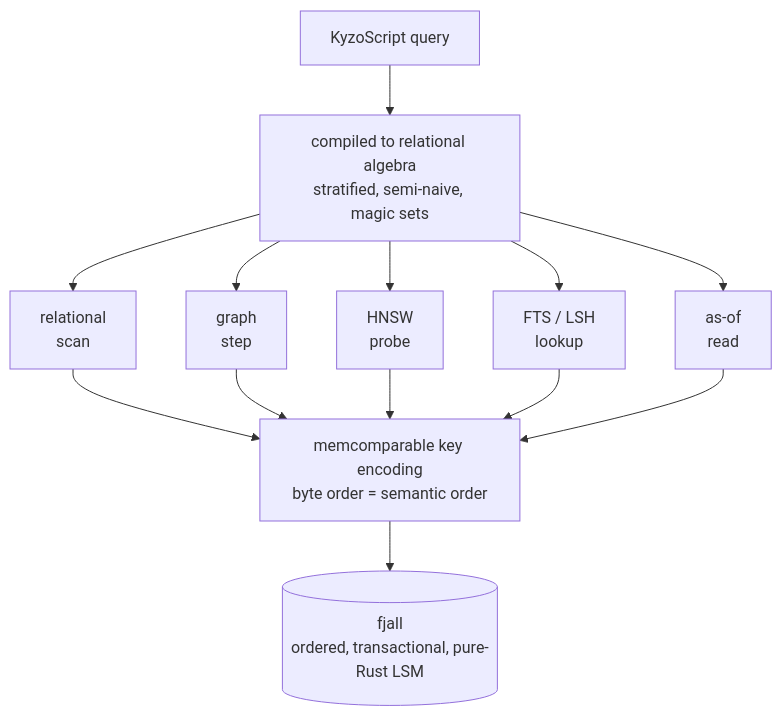
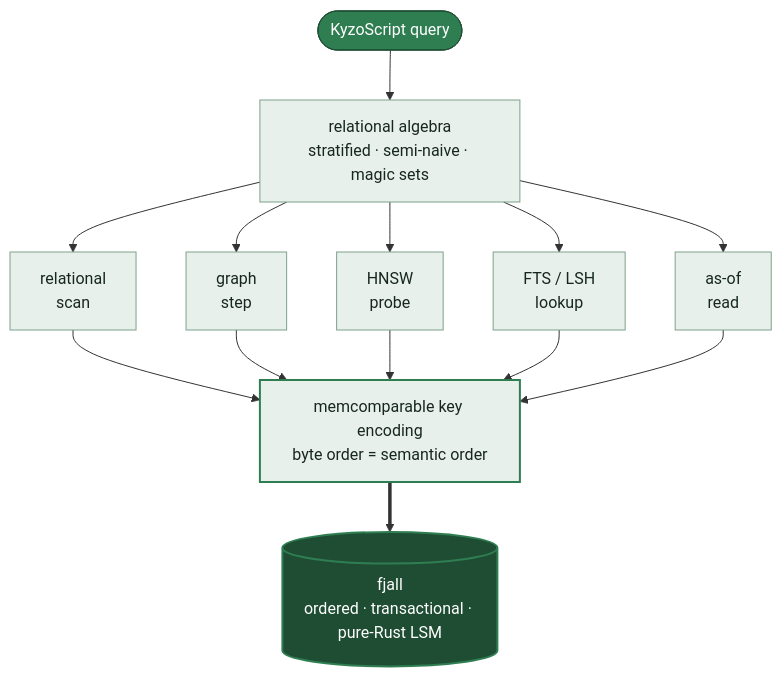
Before and after one commit to kyzodb/kyzo: the second of 3 diagrams in README.md, drawn with Mermaid. The commit also changed other lines of this file, not shown here.

Commit message:
README design pass: syntax highlighting, branded diagrams, native warning callout

````diff
--- a/README.md
+++ b/README.md
@@ -201,15 +217,23 @@
 ```mermaid
+%%{init: {'flowchart': {'curve': 'basis'}}}%%
 flowchart TD
-    Q["KyzoScript query"] --> C["compiled to relational algebra<br/>stratified, semi-naive, magic sets"]
-    C --> P1["relational<br/>scan"]
-    C --> P2["graph<br/>step"]
-    C --> P3["HNSW<br/>probe"]
-    C --> P4["FTS / LSH<br/>lookup"]
-    C --> P5["as-of<br/>read"]
+    Q(["KyzoScript query"]):::actor
+    C["relational algebra<br/>stratified · semi-naive · magic sets"]:::proc
+    Q --> C
+    C --> P1["relational<br/>scan"]:::proc
+    C --> P2["graph<br/>step"]:::proc
+    C --> P3["HNSW<br/>probe"]:::proc
+    C --> P4["FTS / LSH<br/>lookup"]:::proc
+    C --> P5["as-of<br/>read"]:::proc
     P1 --> MC
     P2 --> MC
     P3 --> MC
     P4 --> MC
     P5 --> MC
-    MC["memcomparable key encoding<br/>byte order = semantic order"] --> KV[("fjall<br/>ordered, transactional, pure-Rust LSM")]
+    MC["memcomparable key encoding<br/>byte order = semantic order"]:::law
+    MC ==> KV[("fjall<br/>ordered · transactional · pure-Rust LSM")]:::kyzo
+    classDef actor fill:#2F7E52,stroke:#1E4D33,color:#FFFFFF
+    classDef proc fill:#E8F0EB,stroke:#7FA08C,color:#17271F
+    classDef law fill:#E8F0EB,stroke:#2F7E52,stroke-width:2px,color:#17271F
+    classDef kyzo fill:#1E4D33,stroke:#2F7E52,stroke-width:2px,color:#FFFFFF
 ```
````
